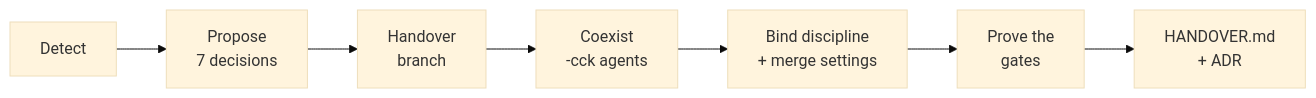
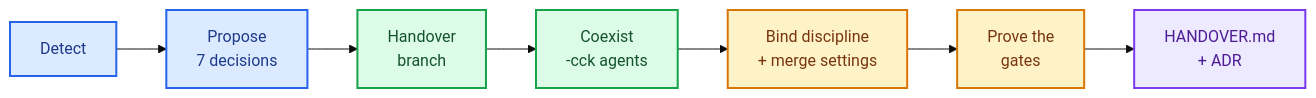
Before and after one commit to byerlikaya/claude-starter-kit: the second of 2 diagrams in README.md, drawn with Mermaid (base theme). The commit also changed other lines of this file and 1 other file, not shown here.

First line of the commit message:
docs: add stage-based color palette to README diagrams

````diff
--- a/README.md
+++ b/README.md
@@ -117,4 +132,13 @@
 ```mermaid
 flowchart LR
     A["Detect"] --> B["Propose<br/>7 decisions"] --> C["Handover<br/>branch"] --> D["Coexist<br/>-cck agents"] --> E["Bind discipline<br/>+ merge settings"] --> F["Prove the<br/>gates"] --> G["HANDOVER.md<br/>+ ADR"]
+
+    classDef s1 fill:#dbeafe,stroke:#2563eb,stroke-width:2px,color:#1e3a8a
+    classDef s2 fill:#dcfce7,stroke:#16a34a,stroke-width:2px,color:#14532d
+    classDef s3 fill:#fef3c7,stroke:#d97706,stroke-width:2px,color:#78350f
+    classDef s4 fill:#ede9fe,stroke:#7c3aed,stroke-width:2px,color:#4c1d95
+    class A,B s1
+    class C,D s2
+    class E,F s3
+    class G s4
 ```
````
